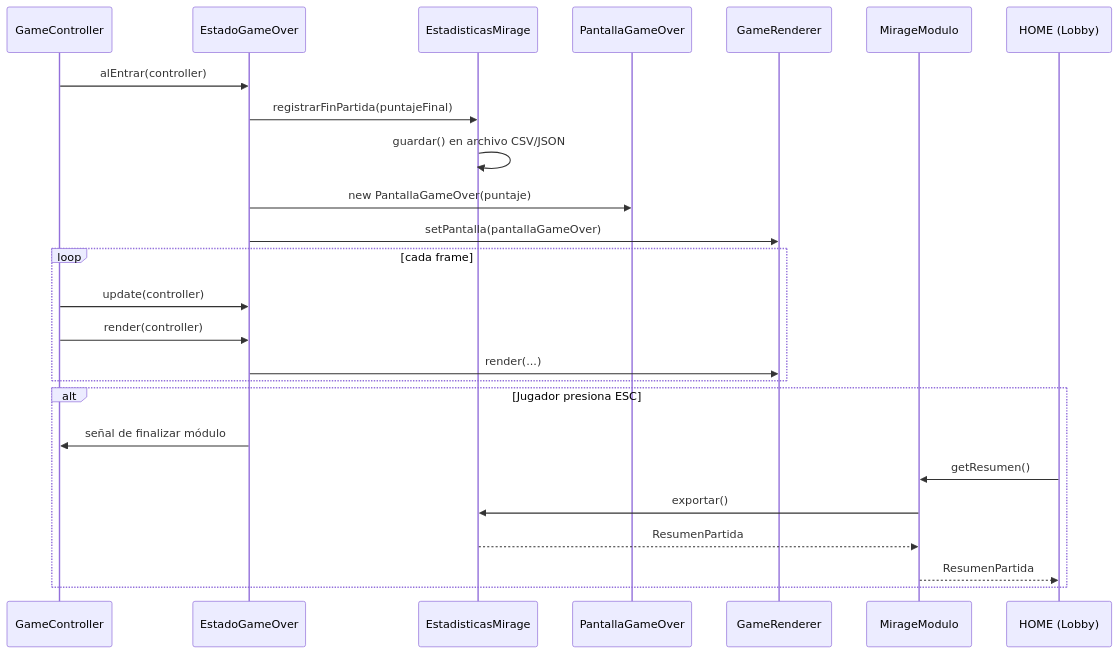
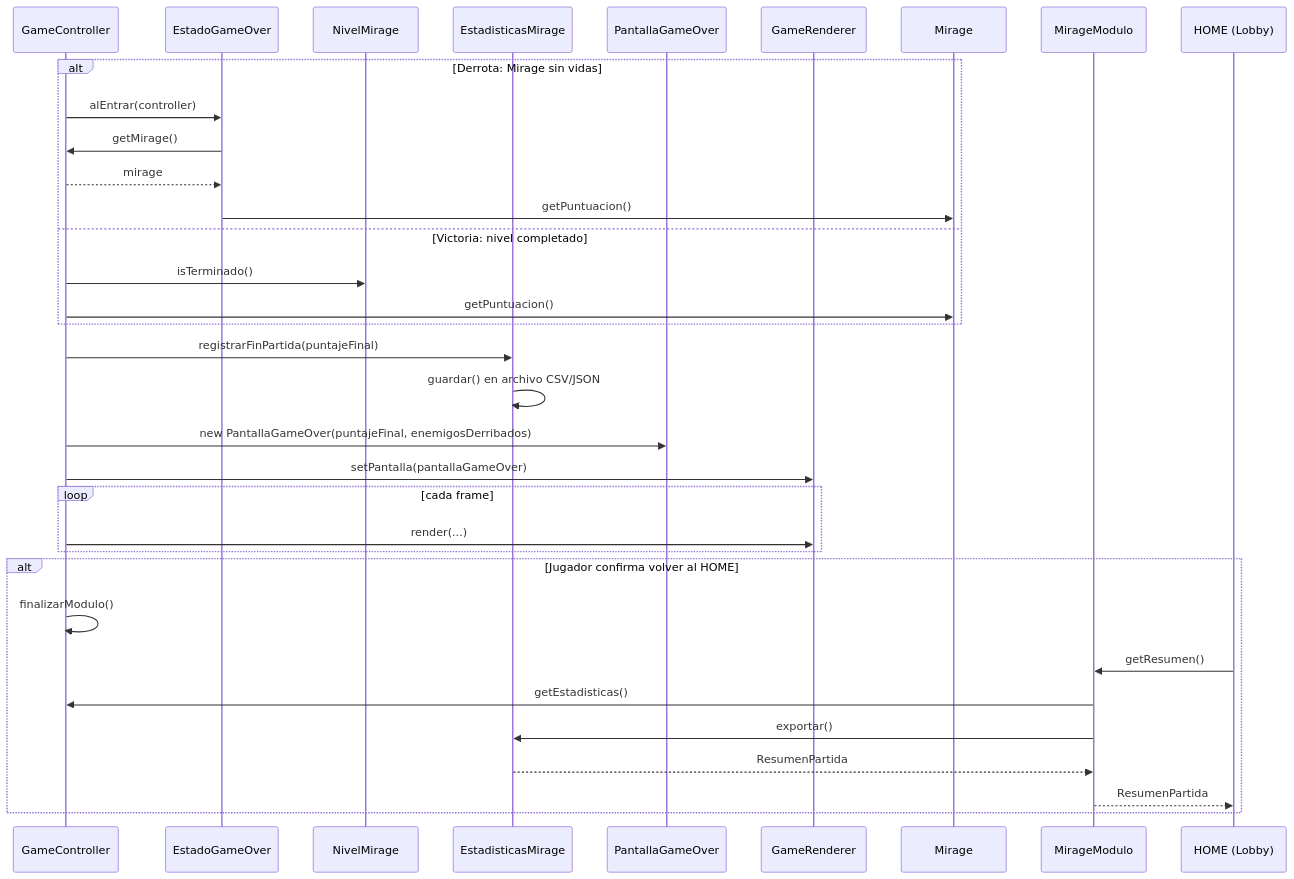
One commit to Christian-Rojas-Rodriguez/juego-1982 changed the sixth of 6 diagrams in docs/analisis/casos-de-uso.md. Above: the diagram before and after it, drawn with Mermaid. The commit also changed other lines of this file and 1 other file, not shown here.

Commit message:
fix: modificar diagramas de clase y casos de uso

````diff
--- a/docs/analisis/casos-de-uso.md
+++ b/docs/analisis/casos-de-uso.md
@@ -178,30 +197,40 @@
 ```mermaid
 sequenceDiagram
     participant GameController
     participant EstadoGameOver
+    participant NivelMirage
     participant EstadisticasMirage
     participant PantallaGameOver
     participant GameRenderer
+    participant Mirage
     participant MirageModulo
     participant HOME as HOME (Lobby)
 
-    GameController->>EstadoGameOver: alEntrar(controller)
-    EstadoGameOver->>EstadisticasMirage: registrarFinPartida(puntajeFinal)
+    alt Derrota: Mirage sin vidas
+        GameController->>EstadoGameOver: alEntrar(controller)
+        EstadoGameOver->>GameController: getMirage()
+        GameController-->>EstadoGameOver: mirage
+        EstadoGameOver->>Mirage: getPuntuacion()
+    else Victoria: nivel completado
+        GameController->>NivelMirage: isTerminado()
+        GameController->>Mirage: getPuntuacion()
+    end
+
+    GameController->>EstadisticasMirage: registrarFinPartida(puntajeFinal)
     EstadisticasMirage->>EstadisticasMirage: guardar() en archivo CSV/JSON
-    EstadoGameOver->>PantallaGameOver: new PantallaGameOver(puntaje)
-    EstadoGameOver->>GameRenderer: setPantalla(pantallaGameOver)
+    GameController->>PantallaGameOver: new PantallaGameOver(puntajeFinal, enemigosDerribados)
+    GameController->>GameRenderer: setPantalla(pantallaGameOver)
 
     loop cada frame
-        GameController->>EstadoGameOver: update(controller)
-        GameController->>EstadoGameOver: render(controller)
-        EstadoGameOver->>GameRenderer: render(...)
+        GameController->>GameRenderer: render(...)
     end
 
-    alt Jugador presiona ESC
-        EstadoGameOver->>GameController: señal de finalizar módulo
+    alt Jugador confirma volver al HOME
+        GameController->>GameController: finalizarModulo()
         HOME->>MirageModulo: getResumen()
+        MirageModulo->>GameController: getEstadisticas()
         MirageModulo->>EstadisticasMirage: exportar()
         EstadisticasMirage-->>MirageModulo: ResumenPartida
         MirageModulo-->>HOME: ResumenPartida
     end
 ```
````
